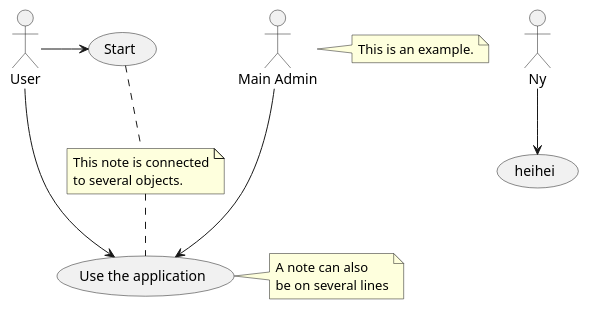
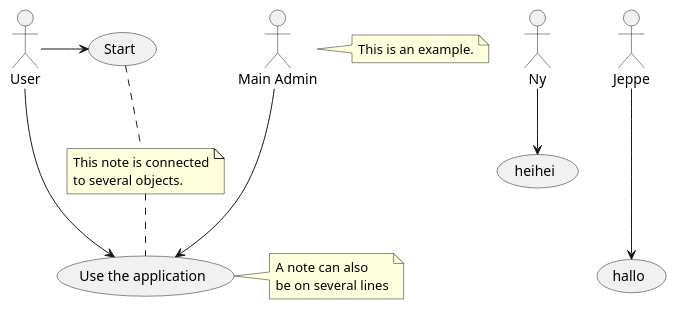
Before and after one commit to SetGruppe6/diagrammer: the diagram in usecase.puml, drawn with PlantUML. The commit also changed 2 other files, not shown here.

Commit message:
la til ny person, jeppe.

```diff
--- a/usecase.puml
+++ b/usecase.puml
@@ -1,25 +1,26 @@
 @startuml
 :Main Admin: as Admin
 (Use the application) as (Use)
 
 User -> (Start)
 User --> (Use)
 
 Admin ---> (Use)
 
 
 Ny--> (heihei)
+Jeppe---> (hallo)
 
 
 
 note right of Admin : This is an example.
 
 note right of (Use)
 A note can also
 be on several lines
 end note
 
 note "This note is connected\nto several objects." as N2
 (Start) .. N2
 N2 .. (Use)
 @enduml
```
